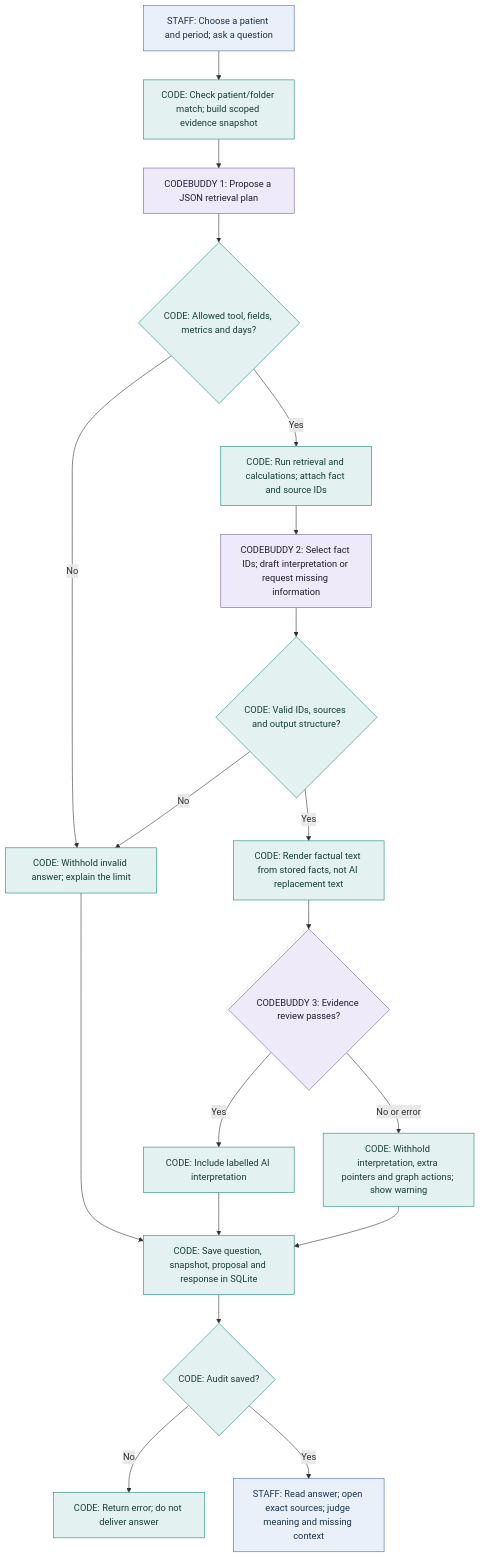
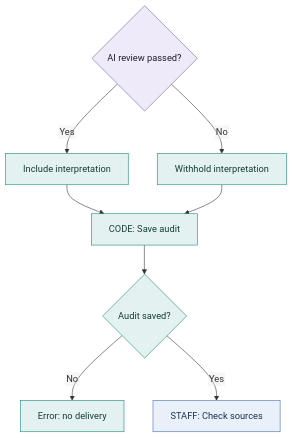
The third of 3 diagrams in docs/ANSWER_FLOW.md (chankuanghong/psych-map), drawn with Mermaid before and after one commit. The commit also changed other lines of this file, not shown here.

Commit message:
Split answer flow into readable diagrams with short labels

````diff
--- a/docs/ANSWER_FLOW.md
+++ b/docs/ANSWER_FLOW.md
@@ -8,27 +66,17 @@
 ```mermaid
+%%{init: {"flowchart": {"htmlLabels": false}}}%%
 flowchart TD
-    A["STAFF: Choose a patient and period; ask a question"] --> B["CODE: Check patient/folder match; build scoped evidence snapshot"]
-    B --> C["CODEBUDDY 1: Propose a JSON retrieval plan"]
-    C --> D{"CODE: Allowed tool, fields, metrics and days?"}
-    D -- No --> X["CODE: Withhold invalid answer; explain the limit"]
-    D -- Yes --> E["CODE: Run retrieval and calculations; attach fact and source IDs"]
-    E --> F["CODEBUDDY 2: Select fact IDs; draft interpretation or request missing information"]
-    F --> G{"CODE: Valid IDs, sources and output structure?"}
-    G -- No --> X
-    G -- Yes --> H["CODE: Render factual text from stored facts, not AI replacement text"]
-    H --> I{"CODEBUDDY 3: Evidence review passes?"}
-    I -- Yes --> J["CODE: Include labelled AI interpretation"]
-    I -- "No or error" --> K["CODE: Withhold interpretation, extra pointers and graph actions; show warning"]
-    J --> L["CODE: Save question, snapshot, proposal and response in SQLite"]
-    K --> L
-    X --> L
-    L --> M{"CODE: Audit saved?"}
-    M -- No --> N["CODE: Return error; do not deliver answer"]
-    M -- Yes --> O["STAFF: Read answer; open exact sources; judge meaning and missing context"]
+    A{"AI review passed?"} -- Yes --> B["Include interpretation"]
+    A -- No --> C["Withhold interpretation"]
+    B --> D["CODE: Save audit"]
+    C --> D
+    D --> E{"Audit saved?"}
+    E -- No --> F["Error: no delivery"]
+    E -- Yes --> G["STAFF: Check sources"]
     classDef ai fill:#eeeafa,stroke:#77619c,color:#201b31;
     classDef code fill:#e3f2f0,stroke:#16877e,color:#153d38;
     classDef person fill:#eaf0fa,stroke:#426fad,color:#18324e;
-    class C,F,I ai;
-    class B,D,E,G,H,J,K,L,M,N,X code;
-    class A,O person;
+    class A ai;
+    class B,C,D,E,F code;
+    class G person;
 ```
````
